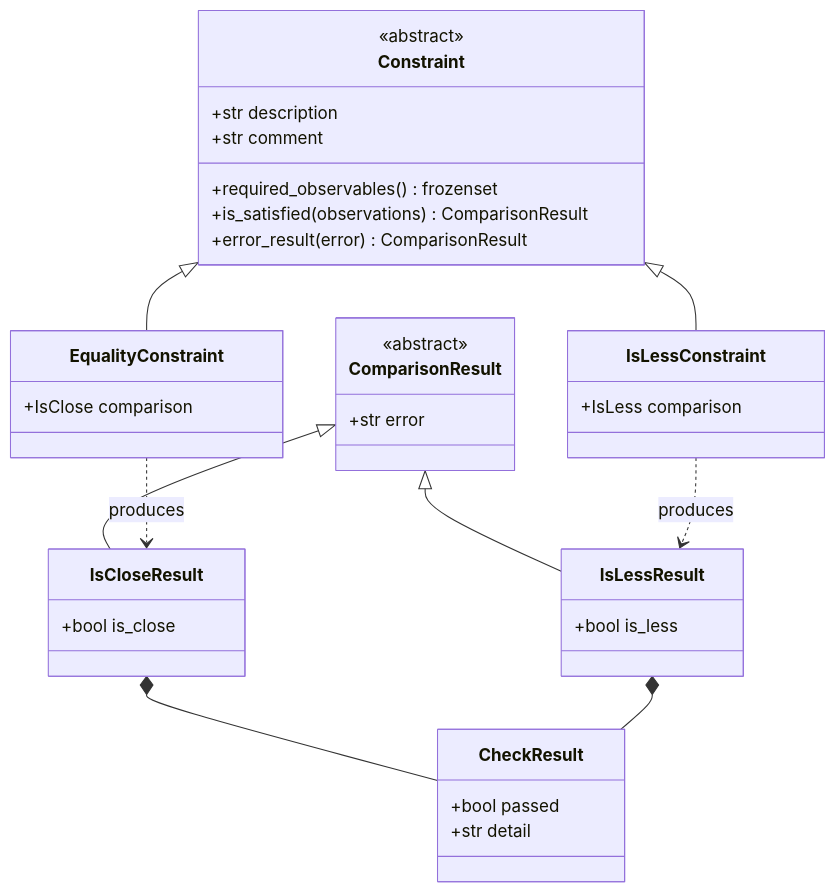
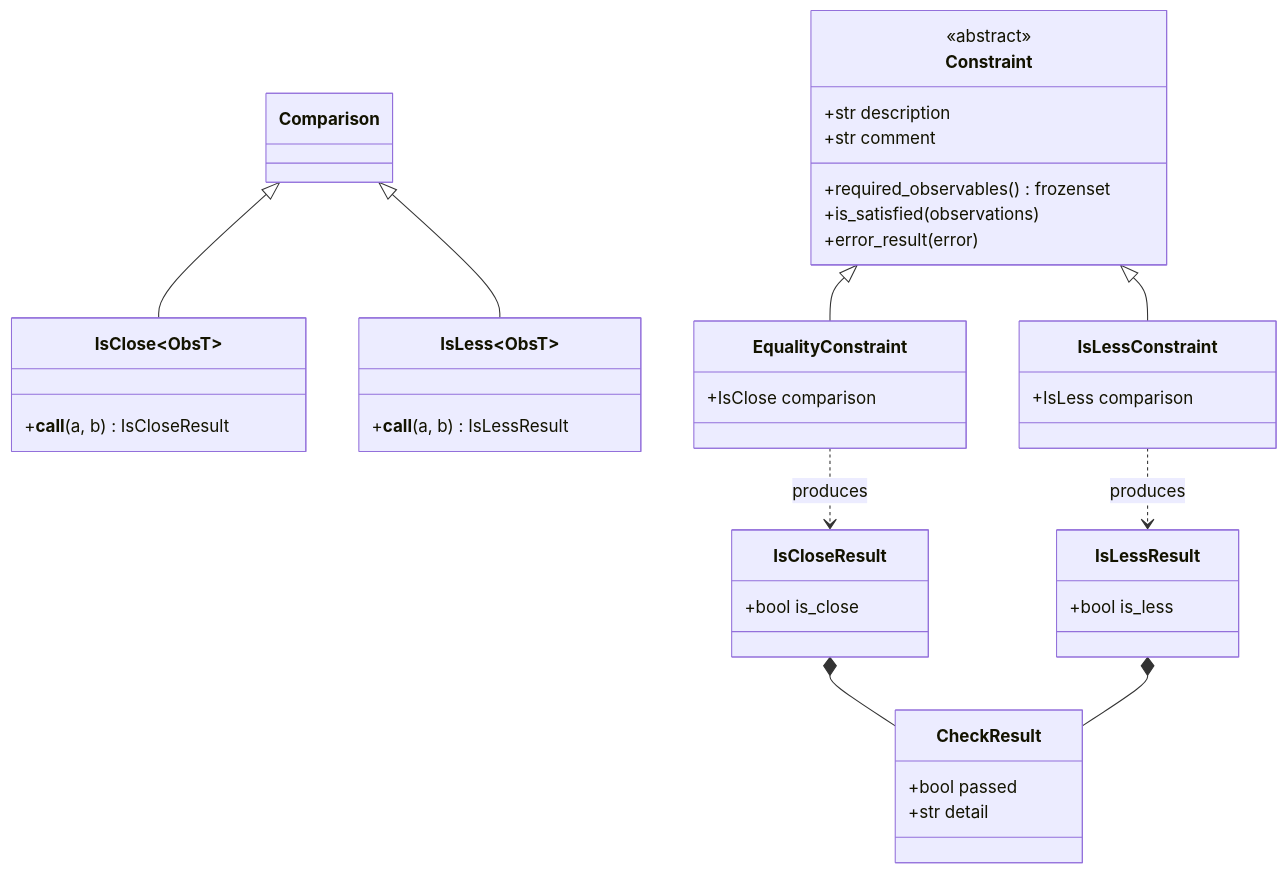
The second of 6 diagrams in docs/constraints/index.md (bmad-sim/pytao), drawn with Mermaid before and after one commit. The commit also changed other lines of this file, not shown here.

Commit message:
more diagram workshopping

````diff
--- a/docs/constraints/index.md
+++ b/docs/constraints/index.md
@@ -44,41 +32,45 @@
 ```mermaid
 classDiagram
+    class Comparison
+    class IsClose~ObsT~ {
+        +__call__(a, b) IsCloseResult
+    }
+    class IsLess~ObsT~ {
+        +__call__(a, b) IsLessResult
+    }
+    Comparison <|-- IsClose
+    Comparison <|-- IsLess
+
     class Constraint {
         <<abstract>>
         +str description
         +str comment
         +required_observables() frozenset
-        +is_satisfied(observations) ComparisonResult
-        +error_result(error) ComparisonResult
+        +is_satisfied(observations)
+        +error_result(error)
     }
     class EqualityConstraint {
         +IsClose comparison
     }
     class IsLessConstraint {
         +IsLess comparison
     }
     Constraint <|-- EqualityConstraint
     Constraint <|-- IsLessConstraint
 
     class CheckResult {
         +bool passed
         +str detail
     }
-    class ComparisonResult {
-        <<abstract>>
-        +str error
-    }
     class IsCloseResult {
         +bool is_close
     }
     class IsLessResult {
         +bool is_less
     }
-    ComparisonResult <|-- IsCloseResult
-    ComparisonResult <|-- IsLessResult
 
     EqualityConstraint ..> IsCloseResult : produces
     IsLessConstraint ..> IsLessResult : produces
     IsCloseResult *-- CheckResult
     IsLessResult *-- CheckResult
 ```
````
